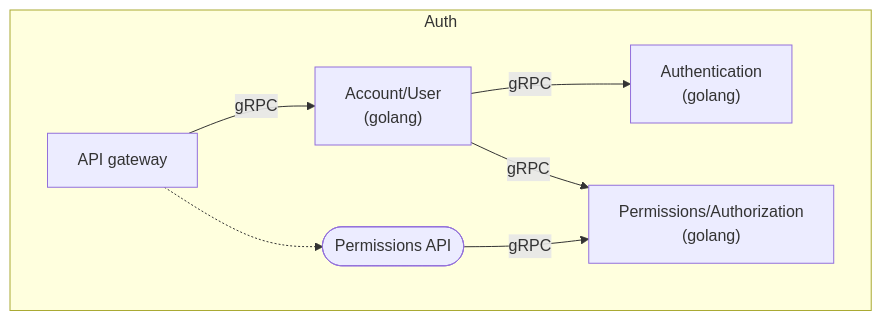
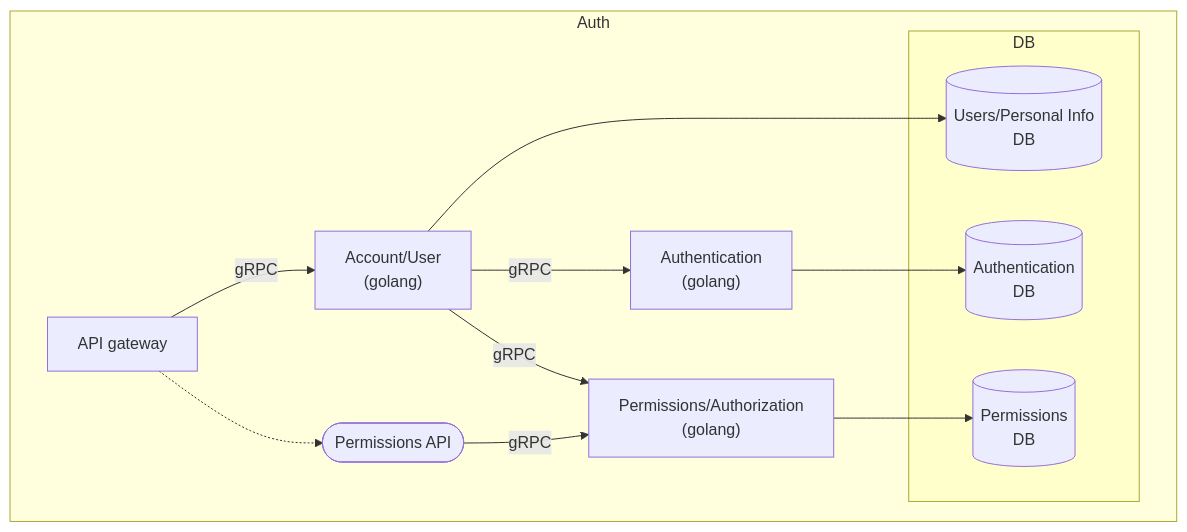
One commit to sergereinov/notes-saas changed the second of 3 diagrams in README.md. Above: the diagram before and after it, drawn with Mermaid. The commit also changed other lines of this file, not shown here.

Commit message:
thoughts

````diff
--- a/README.md
+++ b/README.md
@@ -67,16 +67,29 @@
 ```mermaid
 graph TD
+
     API --> |gRPC| Account
     API -.-> PermissionAPI
     Account --> |gRPC| Authentication
     Account --> |gRPC| Permission
     PermissionAPI --> |gRPC| Permission
+    
+    Account --> UserDB
+    Authentication --> AuthenticationDB
+    Permission --> PermissionDB
 
     subgraph Auth
         API["API gateway"]
         Account["Account/User<br/>(golang)"]
         Authentication["Authentication<br/>(golang)"]
         PermissionAPI(["Permissions API"])
         Permission["Permissions/Authorization<br/>(golang)"]
+    
+        subgraph DB
+            AuthenticationDB[("Authentication<br/>DB")]
+            UserDB[("Users/Personal Info<br/>DB")]
+            PermissionDB[("Permissions<br/>DB")]        
+        end    
     end
+    
+    style DB fill:#ffc
 ```
````
